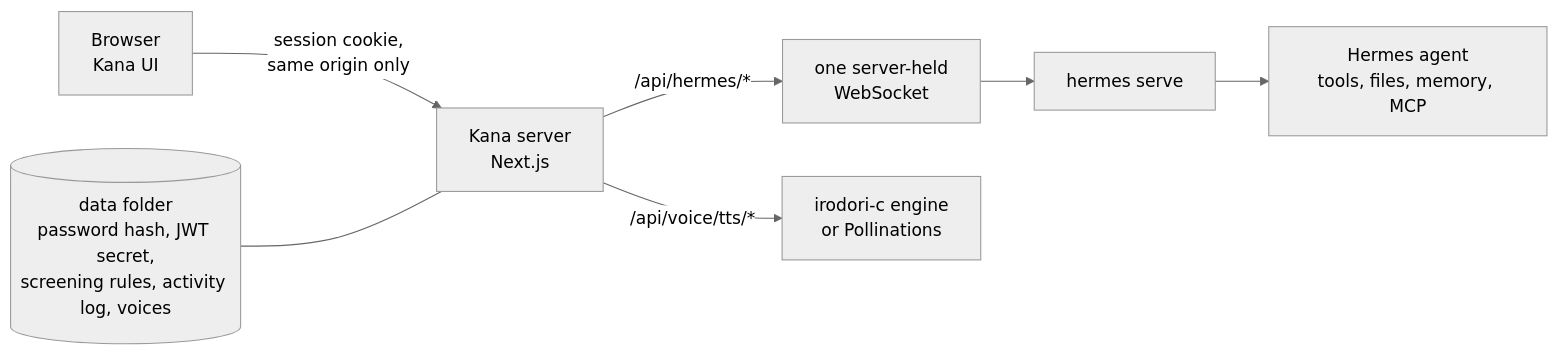
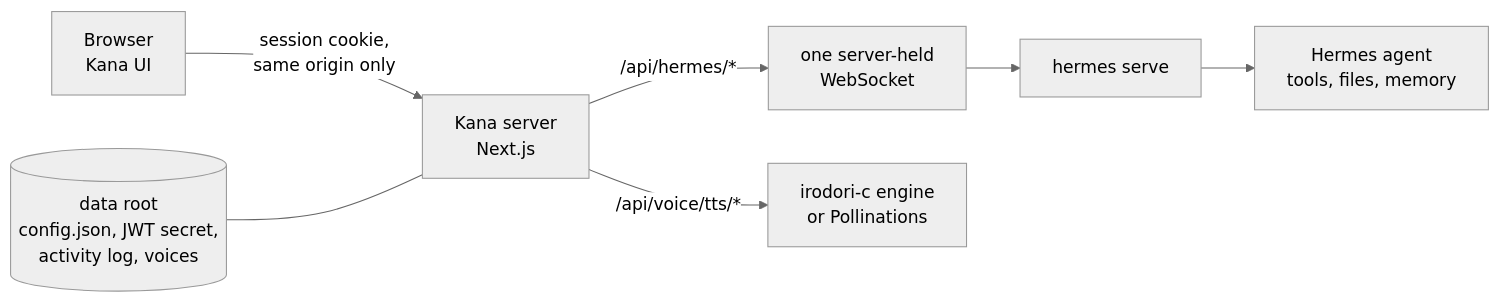
One commit to misaalya/kana-hermes changed the diagram in README.md. Above: the diagram before and after it, drawn with Mermaid (neutral theme). The commit also changed other lines of this file, not shown here.

````diff
--- a/README.md
+++ b/README.md
@@ -281,7 +243,7 @@
 ```mermaid
 flowchart LR
     bw["Browser<br>Kana UI"] -- "session cookie,<br>same origin only" --> app["Kana server<br>Next.js"]
-    app -- "/api/hermes/*" --> ws["one server-held<br>WebSocket"] --> hs["hermes serve"] --> ag["Hermes agent<br>tools, files, memory, MCP"]
+    app -- "/api/hermes/*" --> ws["one server-held<br>WebSocket"] --> hs["hermes serve"] --> ag["Hermes agent<br>tools, files, memory"]
     app -- "/api/voice/tts/*" --> vc["irodori-c engine<br>or Pollinations"]
-    df[("data folder<br>password hash, JWT secret,<br>screening rules, activity log, voices")] --- app
+    df[("data root<br>config.json, JWT secret,<br>activity log, voices")] --- app
 ```
````
